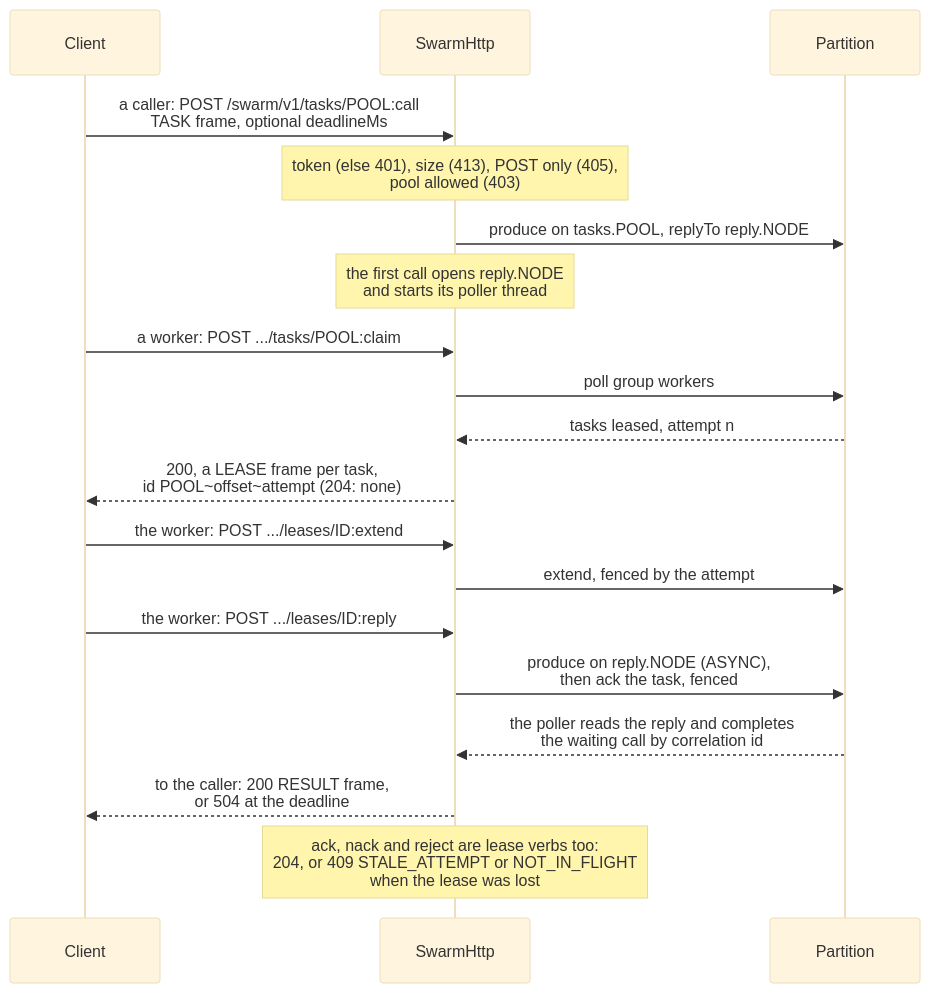
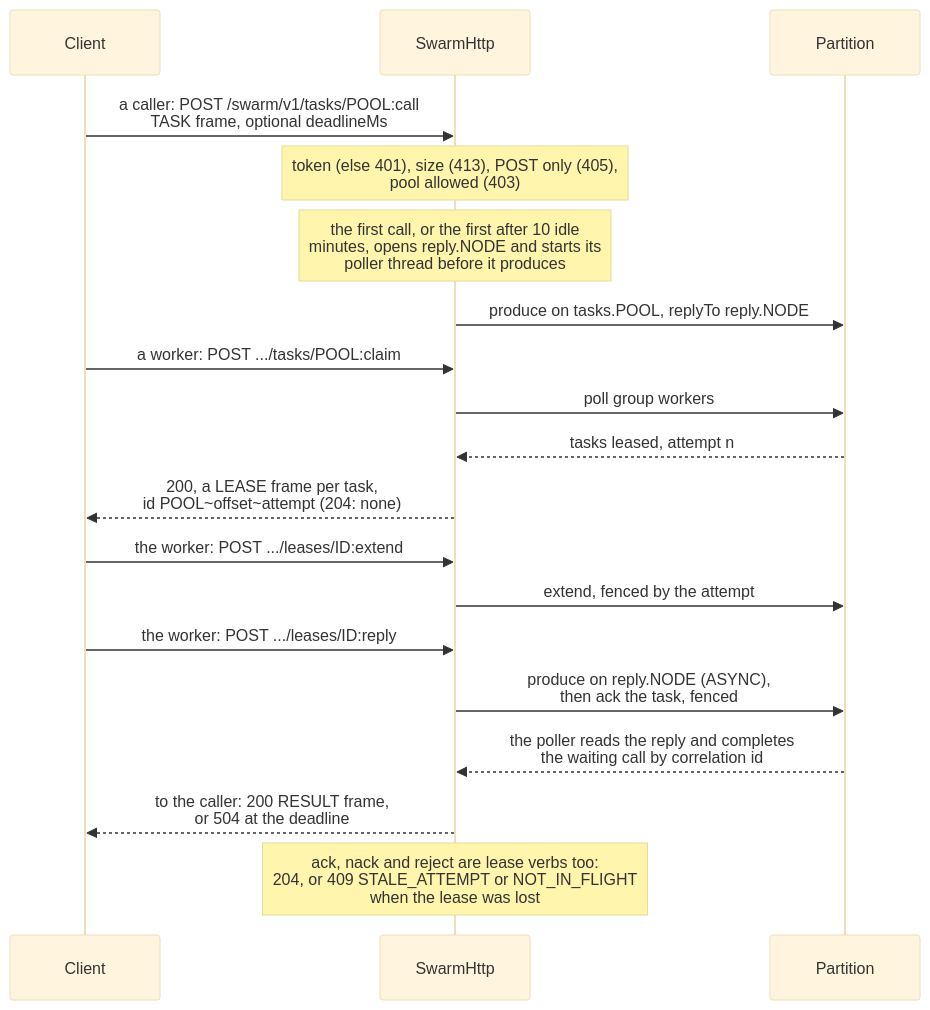
One commit to BlivionIaG/sjws_nettask changed the second of 2 diagrams in docs/design/agent-swarm.md. Above: the diagram before and after it, drawn with Mermaid (base theme). The commit also changed other lines of this file and 19 other files, not shown here.

First line of the commit message:
docs: fix the diagrams the fact-check found imprecise

````diff
--- a/docs/design/agent-swarm.md
+++ b/docs/design/agent-swarm.md
@@ -172,22 +173,22 @@
 ```mermaid
 sequenceDiagram
     participant C as Client
     participant S as SwarmHttp
     participant M as Partition
 
     C->>S: a caller: POST /swarm/v1/tasks/POOL:call<br/>TASK frame, optional deadlineMs
     Note over S: token (else 401), size (413), POST only (405),<br/>pool allowed (403)
+    Note over S: the first call, or the first after 10 idle<br/>minutes, opens reply.NODE and starts its<br/>poller thread before it produces
     S->>M: produce on tasks.POOL, replyTo reply.NODE
-    Note over S: the first call opens reply.NODE<br/>and starts its poller thread
     C->>S: a worker: POST .../tasks/POOL:claim
     S->>M: poll group workers
     M-->>S: tasks leased, attempt n
     S-->>C: 200, a LEASE frame per task,<br/>id POOL~offset~attempt (204: none)
     C->>S: the worker: POST .../leases/ID:extend
     S->>M: extend, fenced by the attempt
     C->>S: the worker: POST .../leases/ID:reply
     S->>M: produce on reply.NODE (ASYNC),<br/>then ack the task, fenced
     M-->>S: the poller reads the reply and completes<br/>the waiting call by correlation id
     S-->>C: to the caller: 200 RESULT frame,<br/>or 504 at the deadline
     Note over S: ack, nack and reject are lease verbs too:<br/>204, or 409 STALE_ATTEMPT or NOT_IN_FLIGHT<br/>when the lease was lost
 ```
````
